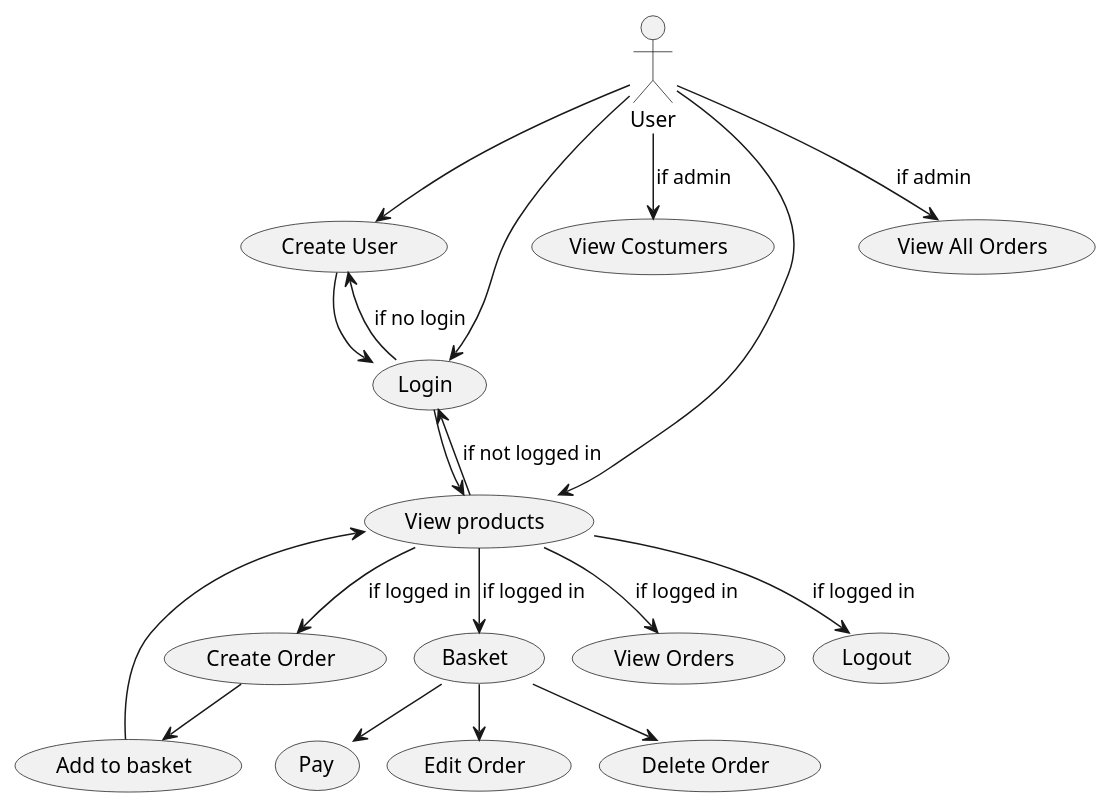
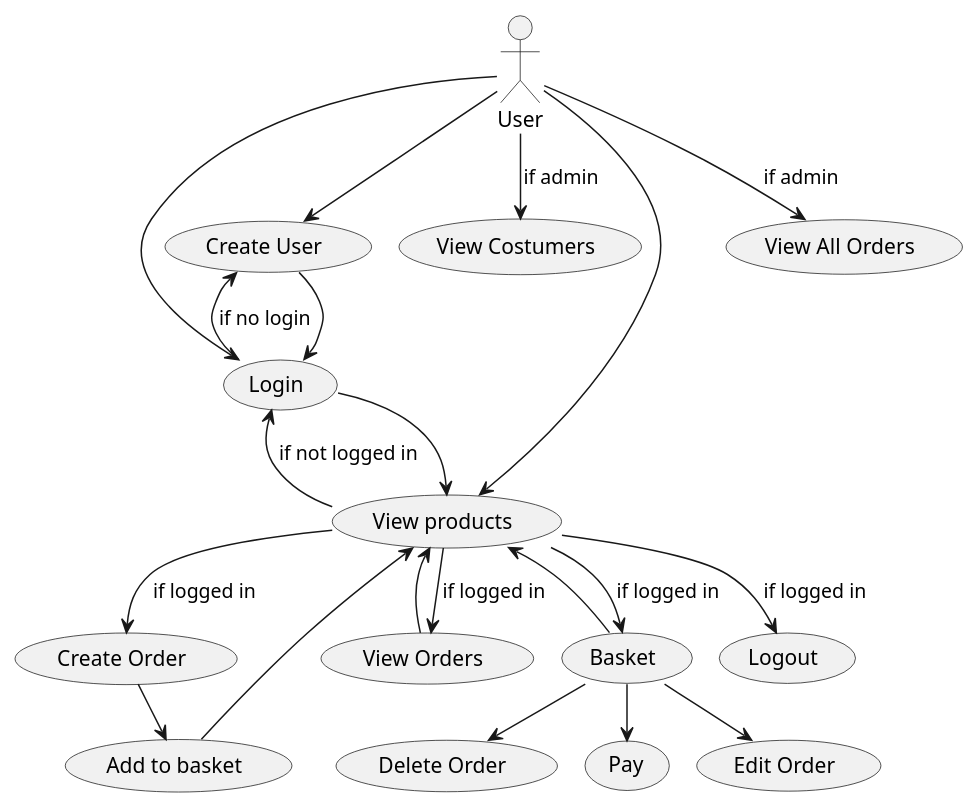
Before and after one commit to MojoOno/Cupcake: the diagram in Docs/UseCase.puml, drawn with PlantUML. The commit also changed 2 other files, not shown here.

```diff
--- a/Docs/UseCase.puml
+++ b/Docs/UseCase.puml
@@ -1,42 +1,44 @@
 @startuml
 'https://plantuml.com/use-case-diagram
 !Pragma layout smetana
 actor User
 
 usecase "Create User" as UC1
 usecase "Login" as UC2
 usecase "Create Order" as UC3
 usecase "Add to basket" as UC4
 usecase "Basket" as UC5
 usecase "Pay" as UC6
 usecase "Edit Order" as UC8
 usecase "Delete Order" as UC9
 usecase "View Orders" as UC10
 usecase "View Costumers" as UC11
 usecase "View products" as UC12
 usecase "Logout" as UC13
 usecase "View All Orders" as UC14
 
 
 
 User --> UC1
 User --> UC2
 User --> UC12
 UC1 --> UC2
 UC2 --> UC12
 UC3 --> UC4
 UC4 --> UC12
 UC5 --> UC6
 UC5 --> UC8
 UC5 --> UC9
+UC5 --> UC12
+UC10 --> UC12
 
 
 User --> UC11 : "if admin"
 User --> UC14 : "if admin"
 UC12 --> UC3 : "if logged in"
 UC12 --> UC5 : "if logged in"
 UC12 --> UC10 : "if logged in"
 UC12 --> UC13 : "if logged in"
 UC12 --> UC2 : "if not logged in"
 UC2 --> UC1 : "if no login"
 @enduml
```
